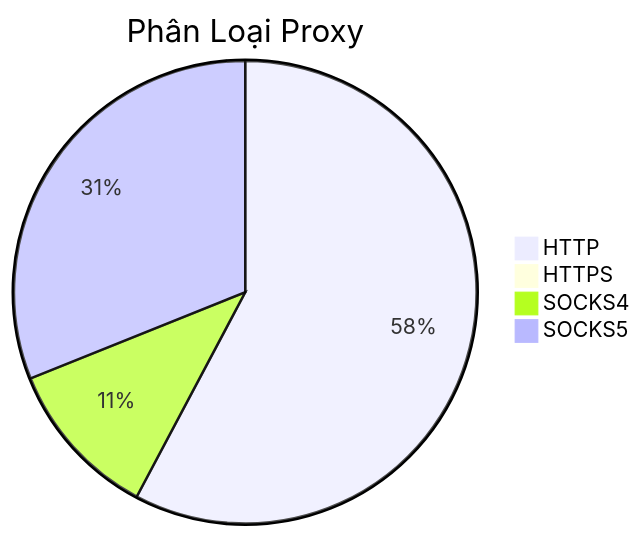
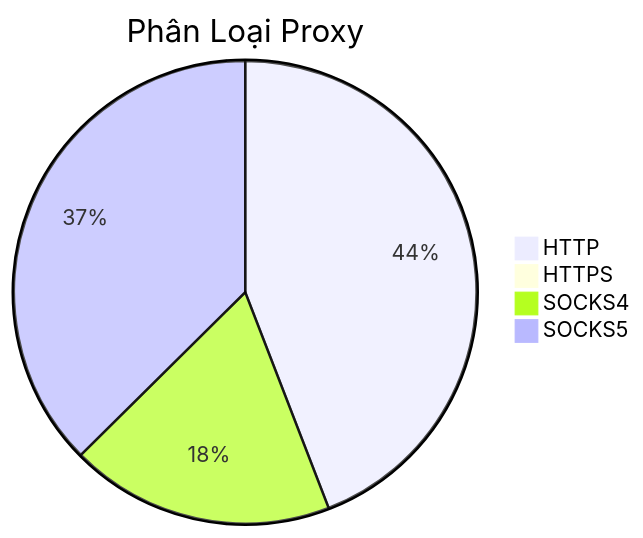
The diagram in README.md (Ciara-Aa/PROXY-free), drawn with Mermaid before and after one commit. The commit also changed other lines of this file and 4 other files, not shown here.

````diff
--- a/README.md
+++ b/README.md
@@ -26,7 +26,7 @@
 ```mermaid
 pie title Phân Loại Proxy
-    "HTTP" : 383
-    "HTTPS" : 2
-    "SOCKS4" : 74
-    "SOCKS5" : 206
+    "HTTP" : 263
+    "HTTPS" : 5
+    "SOCKS4" : 110
+    "SOCKS5" : 223
 ```
````
